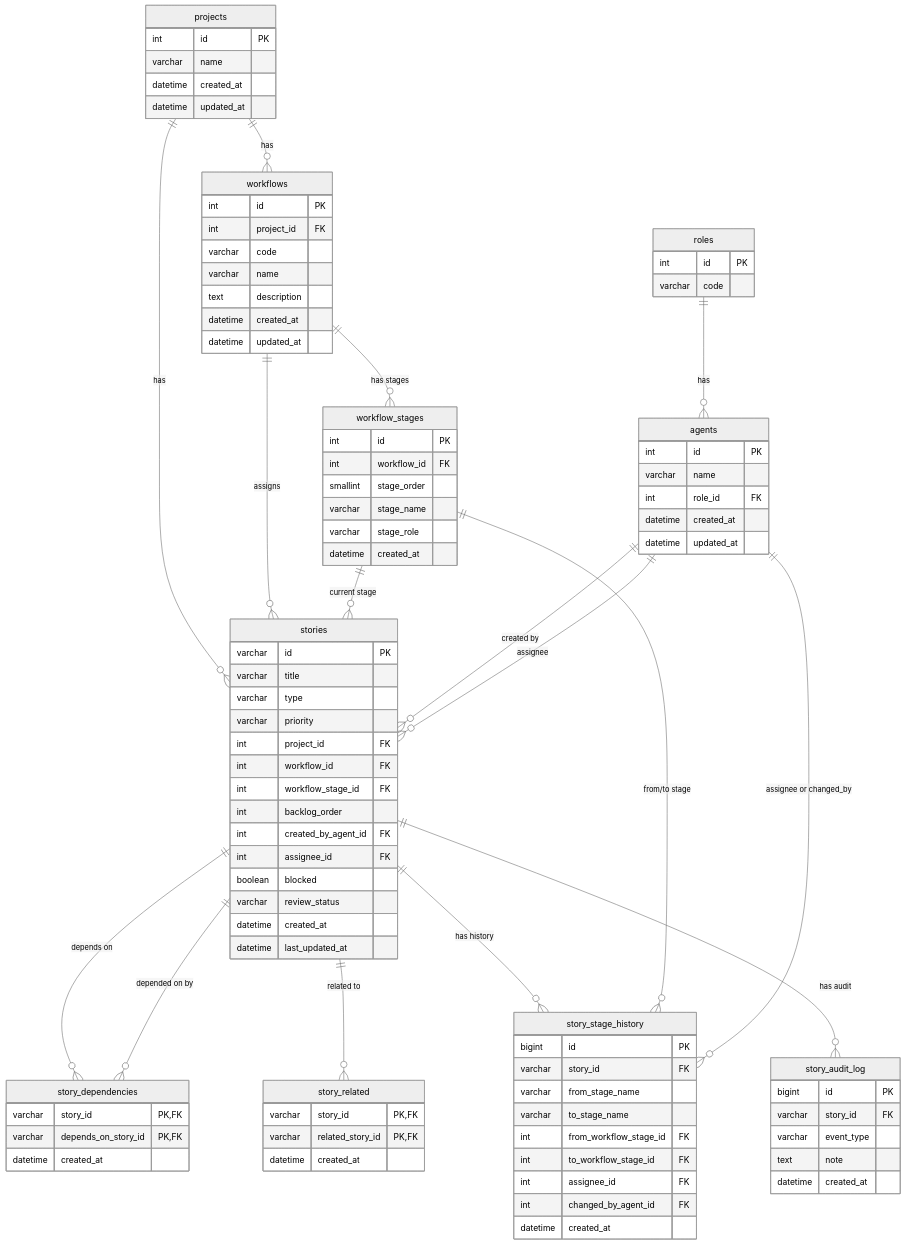
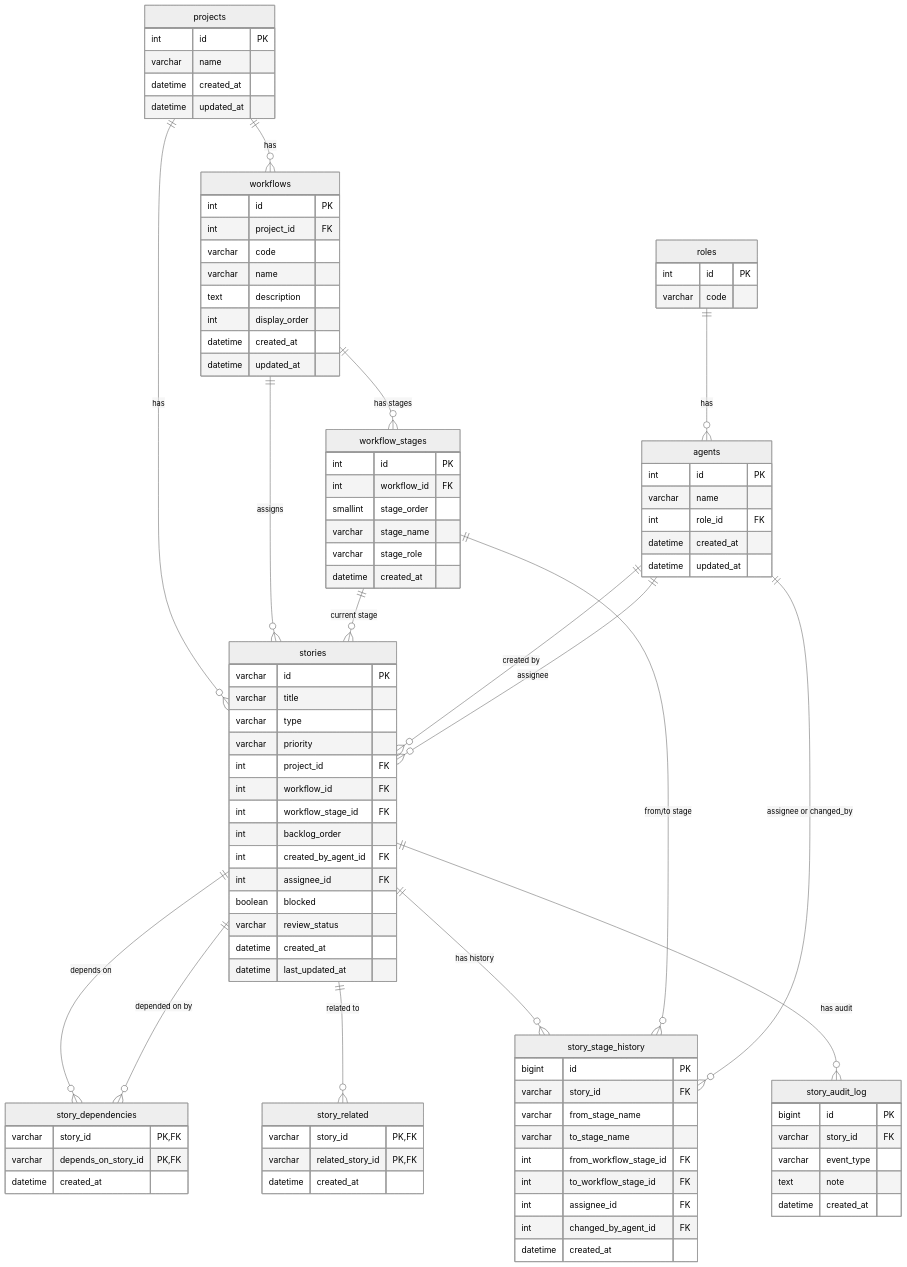
One commit to gar2000b/ai changed the diagram in trace_hq/database/schema/schema-er.mmd. Above: the diagram before and after it, drawn with Mermaid (neutral theme). The commit also changed 14 other files, not shown here.

```diff
--- a/trace_hq/database/schema/schema-er.mmd
+++ b/trace_hq/database/schema/schema-er.mmd
@@ -1,108 +1,109 @@
 %% Entity-Relationship diagram: Trace HQ Open Workflows schema
 %% Renders in any Mermaid-supported viewer (GitHub, VS Code, etc.)
 %% Generated from database/schema/*.sql
 
 erDiagram
   projects {
     int id PK
     varchar name
     datetime created_at
     datetime updated_at
   }
 
   workflows {
     int id PK
     int project_id FK
     varchar code
     varchar name
     text description
+    int display_order
     datetime created_at
     datetime updated_at
   }
 
   workflow_stages {
     int id PK
     int workflow_id FK
     smallint stage_order
     varchar stage_name
     varchar stage_role
     datetime created_at
   }
 
   roles {
     int id PK
     varchar code
   }
 
   agents {
     int id PK
     varchar name
     int role_id FK
     datetime created_at
     datetime updated_at
   }
 
   stories {
     varchar id PK
     varchar title
     varchar type
     varchar priority
     int project_id FK
     int workflow_id FK
     int workflow_stage_id FK
     int backlog_order
     int created_by_agent_id FK
     int assignee_id FK
     boolean blocked
     varchar review_status
     datetime created_at
     datetime last_updated_at
   }
 
   story_dependencies {
     varchar story_id PK,FK
     varchar depends_on_story_id PK,FK
     datetime created_at
   }
 
   story_related {
     varchar story_id PK,FK
     varchar related_story_id PK,FK
     datetime created_at
   }
 
   story_stage_history {
     bigint id PK
     varchar story_id FK
     varchar from_stage_name
     varchar to_stage_name
     int from_workflow_stage_id FK
     int to_workflow_stage_id FK
     int assignee_id FK
     int changed_by_agent_id FK
     datetime created_at
   }
 
   story_audit_log {
     bigint id PK
     varchar story_id FK
     varchar event_type
     text note
     datetime created_at
   }
 
   projects ||--o{ workflows : "has"
   projects ||--o{ stories : "has"
   workflows ||--o{ workflow_stages : "has stages"
   roles ||--o{ agents : "has"
   workflows ||--o{ stories : "assigns"
   workflow_stages ||--o{ stories : "current stage"
   agents ||--o{ stories : "created by"
   agents ||--o{ stories : "assignee"
   stories ||--o{ story_dependencies : "depends on"
   stories ||--o{ story_dependencies : "depended on by"
   stories ||--o{ story_related : "related to"
   stories ||--o{ story_stage_history : "has history"
   workflow_stages ||--o{ story_stage_history : "from/to stage"
   agents ||--o{ story_stage_history : "assignee or changed_by"
   stories ||--o{ story_audit_log : "has audit"
```
